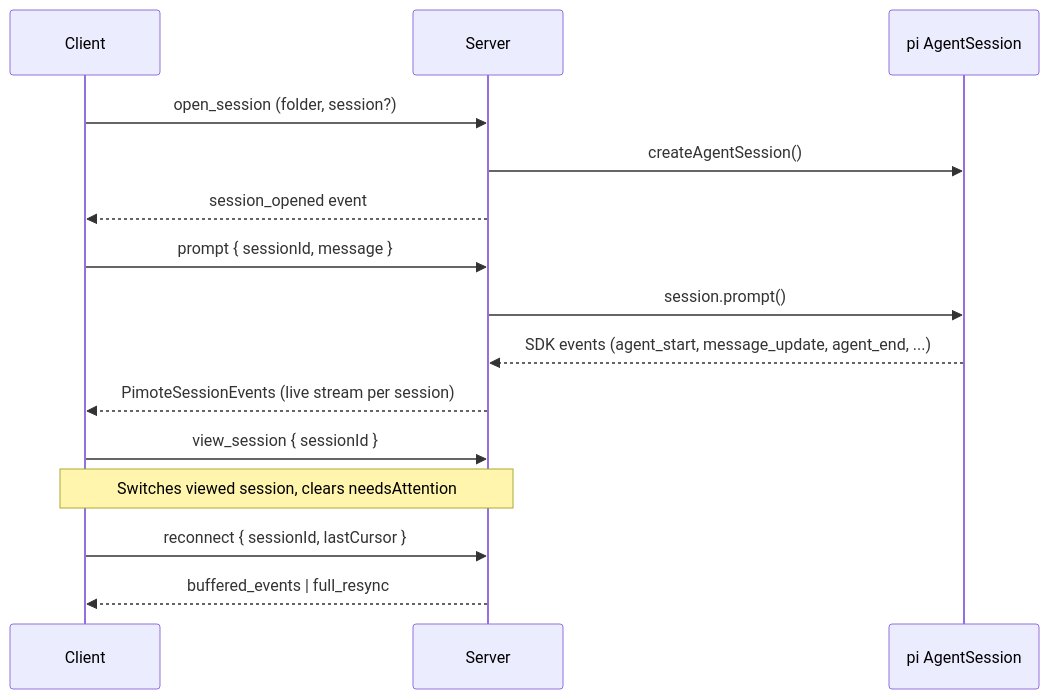
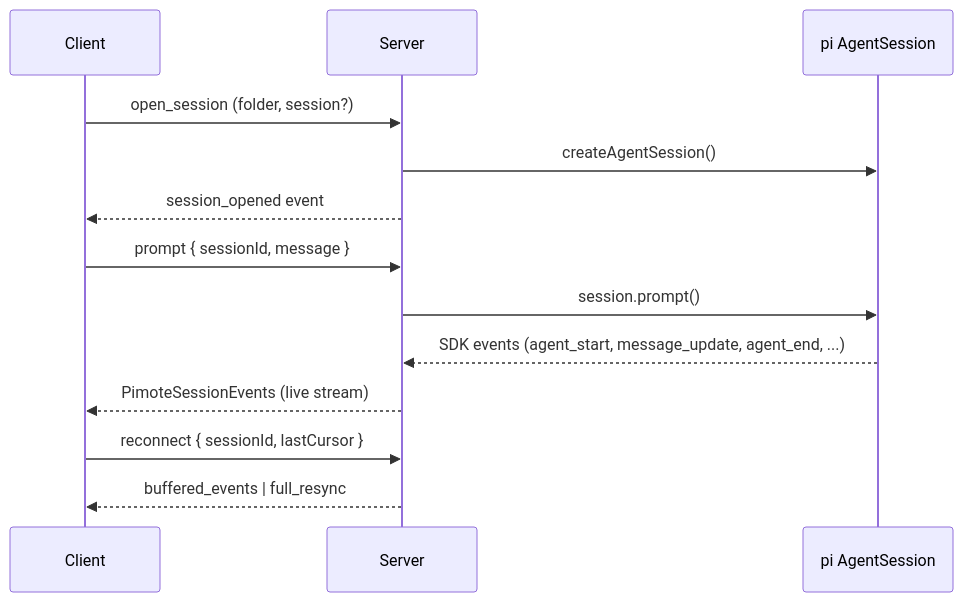
The second of 3 diagrams in codemap.md (alennartz/pimote), drawn with Mermaid before and after one commit. The commit also changed other lines of this file, not shown here.

````diff
--- a/codemap.md
+++ b/codemap.md
@@ -16,18 +16,16 @@
 ```mermaid
 sequenceDiagram
   participant C as Client
   participant S as Server
   participant Pi as pi AgentSession
 
   C->>S: open_session (folder, session?)
   S->>Pi: createAgentSession()
   S-->>C: session_opened event
   C->>S: prompt { sessionId, message }
   S->>Pi: session.prompt()
   Pi-->>S: SDK events (agent_start, message_update, agent_end, ...)
-  S-->>C: PimoteSessionEvents (live stream per session)
-  C->>S: view_session { sessionId }
-  Note over C,S: Switches viewed session, clears needsAttention
+  S-->>C: PimoteSessionEvents (live stream)
   C->>S: reconnect { sessionId, lastCursor }
   S-->>C: buffered_events | full_resync
 ```
````
